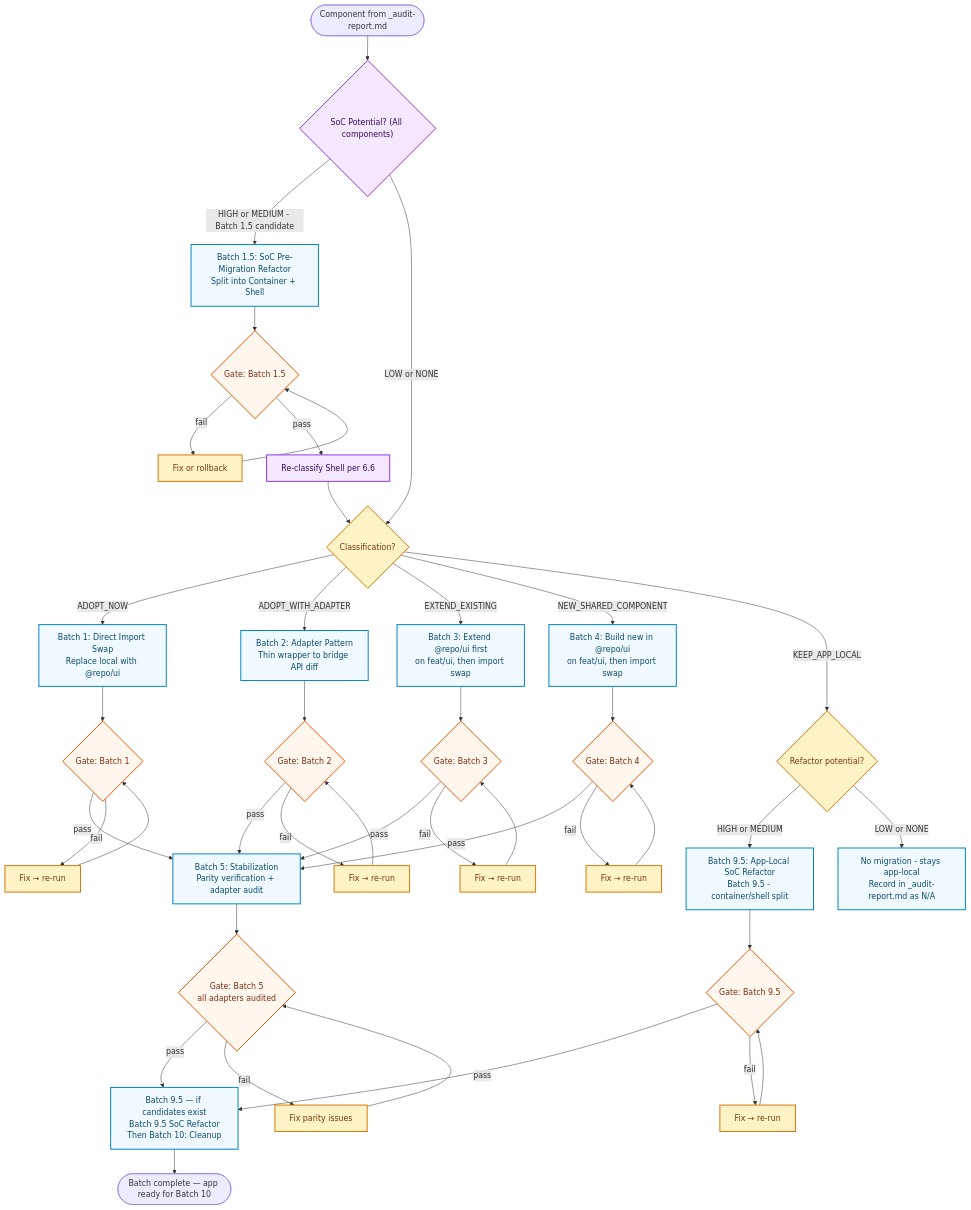
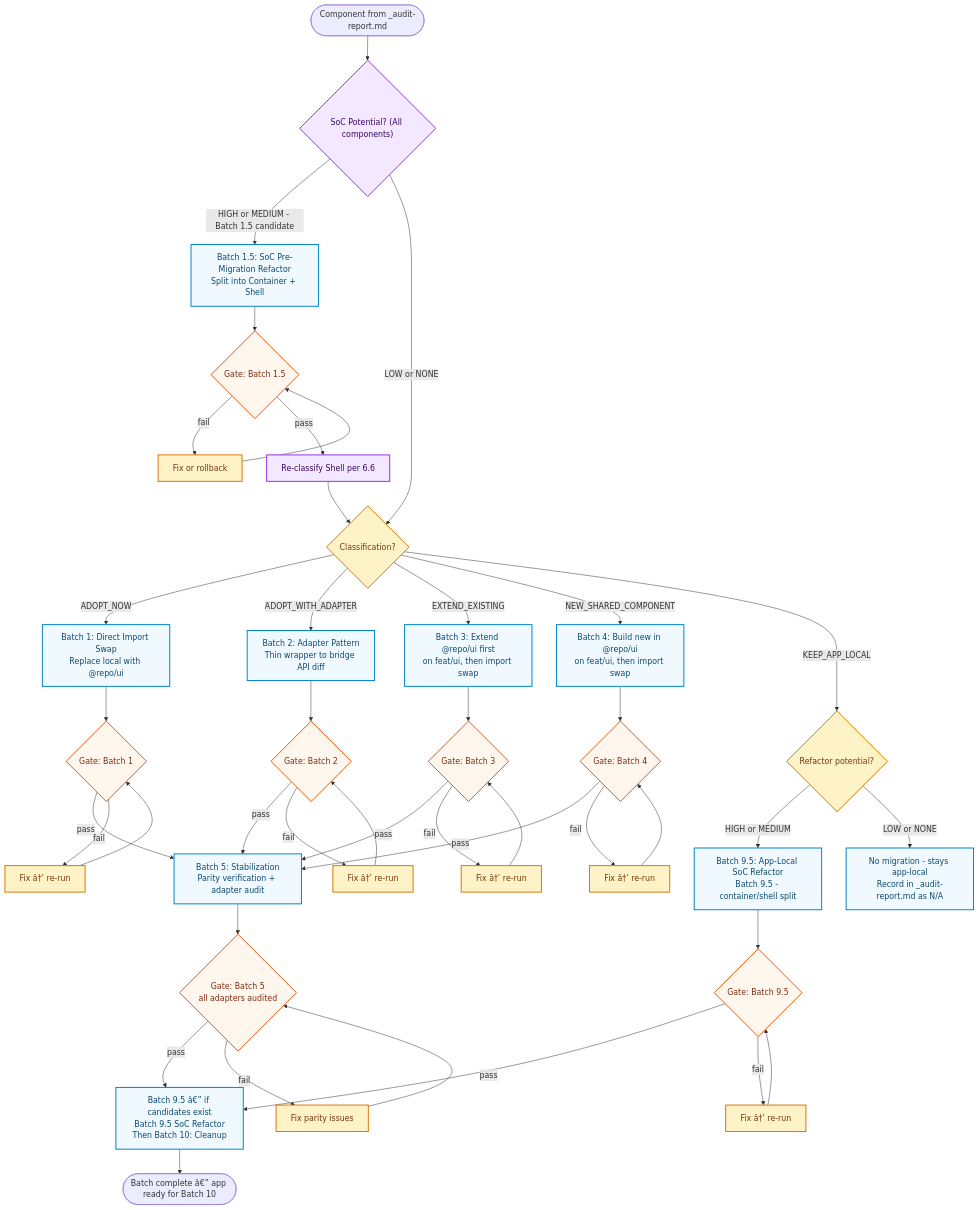
The second of 3 diagrams in apps/admin-portal/docs/migration/component/00-overview.md (mahardikakdenie/.agent-skills), drawn with Mermaid before and after one commit. The commit also changed other lines of this file and 14 other files, not shown here.

````diff
--- a/apps/admin-portal/docs/migration/component/00-overview.md
+++ b/apps/admin-portal/docs/migration/component/00-overview.md
@@ -270,50 +270,50 @@
 ```mermaid
 flowchart TD
   classDef batch fill:#f0f9ff,stroke:#0284c7,color:#0c4a6e,stroke-width:2px;
   classDef decision fill:#fef3c7,stroke:#d97706,color:#78350f,stroke-width:2px;
   classDef gate fill:#fff7ed,stroke:#ea580c,color:#7c2d12,stroke-width:2px;
 
   classDef soc fill:#f3e8ff,stroke:#9333ea,color:#3b0764,stroke-width:2px;
 
   START([Component from _audit-report.md]) --> Q1S{"SoC Potential? (All components)"}:::soc
 
   Q1S --> |"HIGH or MEDIUM - Batch 1.5 candidate"| W15["Batch 1.5: SoC Pre-Migration Refactor<br/>Split into Container + Shell"]:::batch
   W15 --> G15{Gate: Batch 1.5}:::gate
   G15 -- fail --> F15["Fix or rollback"]:::decision --> G15
   G15 -- pass --> W15B["Re-classify Shell per 6.6"]:::soc
   W15B --> Q1
 
   Q1S --> |"LOW or NONE"| Q1{Classification?}:::decision
 
   Q1 --> |ADOPT_NOW| WA[Batch 1: Direct Import Swap<br/>Replace local with @repo/ui]:::batch
   Q1 --> |ADOPT_WITH_ADAPTER| WB[Batch 2: Adapter Pattern<br/>Thin wrapper to bridge API diff]:::batch
   Q1 --> |EXTEND_EXISTING| WC[Batch 3: Extend @repo/ui first<br/>on feat/ui, then import swap]:::batch
   Q1 --> |NEW_SHARED_COMPONENT| WD[Batch 4: Build new in @repo/ui<br/>on feat/ui, then import swap]:::batch
   Q1 --> |KEEP_APP_LOCAL| Q1K{Refactor potential?}:::decision
   Q1K --> |HIGH or MEDIUM| WK[Batch 9.5: App-Local SoC Refactor<br/>Batch 9.5 - container/shell split]:::batch
   Q1K --> |LOW or NONE| SKIP[No migration - stays app-local<br/>Record in _audit-report.md as N/A]:::batch
 
   WA --> GA{Gate: Batch 1}:::gate
   WB --> GB{Gate: Batch 2}:::gate
   WC --> GC{Gate: Batch 3}:::gate
   WD --> GD{Gate: Batch 4}:::gate
 
   GA -- pass --> WE[Batch 5: Stabilization<br/>Parity verification + adapter audit]:::batch
   GB -- pass --> WE
   GC -- pass --> WE
   GD -- pass --> WE
 
-  GA -- fail --> FA[Fix → re-run]:::decision --> GA
-  GB -- fail --> FB[Fix → re-run]:::decision --> GB
-  GC -- fail --> FC[Fix → re-run]:::decision --> GC
-  GD -- fail --> FD[Fix → re-run]:::decision --> GD
+  GA -- fail --> FA[Fix â†’ re-run]:::decision --> GA
+  GB -- fail --> FB[Fix â†’ re-run]:::decision --> GB
+  GC -- fail --> FC[Fix â†’ re-run]:::decision --> GC
+  GD -- fail --> FD[Fix â†’ re-run]:::decision --> GD
 
   WE --> GE{Gate: Batch 5<br/>all adapters audited}:::gate
-  GE -- pass --> WF[Batch 9.5 — if candidates exist<br/>Batch 9.5 SoC Refactor<br/>Then Batch 10: Cleanup]:::batch
+  GE -- pass --> WF[Batch 9.5 â€” if candidates exist<br/>Batch 9.5 SoC Refactor<br/>Then Batch 10: Cleanup]:::batch
   WK --> GK{Gate: Batch 9.5}:::gate
   GK -- pass --> WF
-  GK -- fail --> FK[Fix → re-run]:::decision --> GK
+  GK -- fail --> FK[Fix â†’ re-run]:::decision --> GK
   GE -- fail --> FE[Fix parity issues]:::decision --> GE
 
-  WF --> BATCHDONE([Batch complete — app ready for Batch 10])
+  WF --> BATCHDONE([Batch complete â€” app ready for Batch 10])
 ```
````
